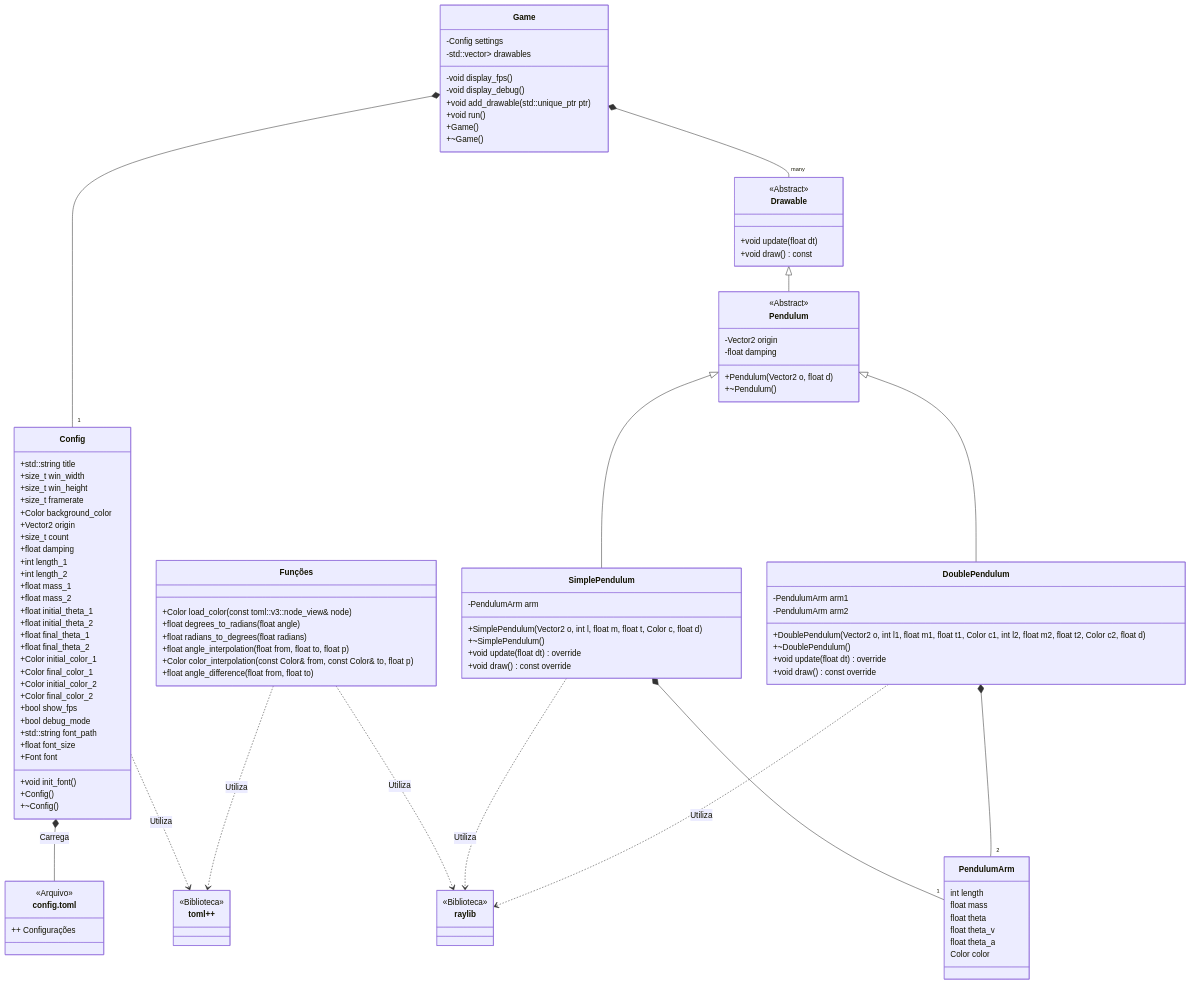
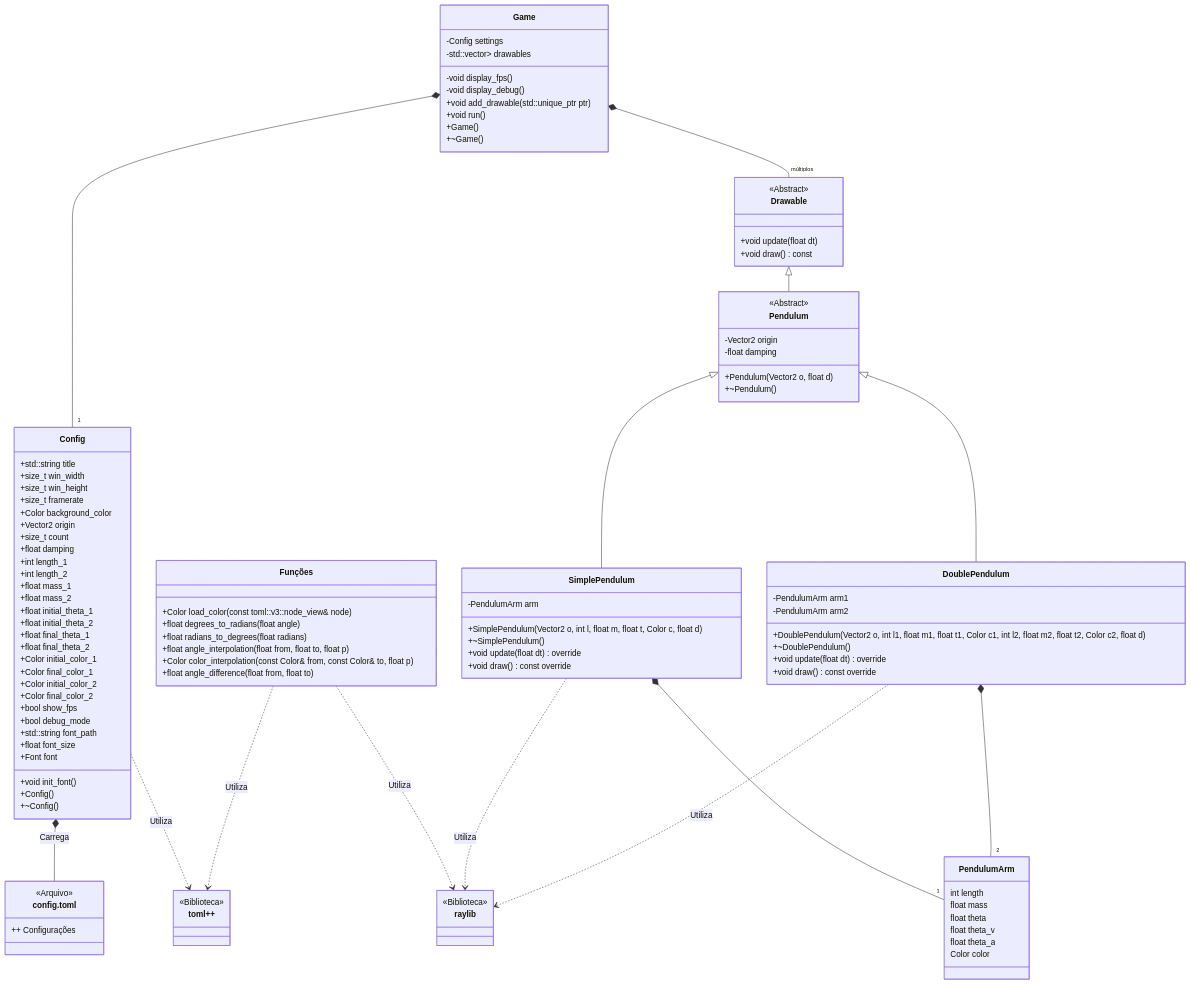
One commit to SamVeras/ChaoticDPends changed the diagram in readme.md. Above: the diagram before and after it, drawn with Mermaid.

Commit message:
fala portugues

```diff
--- a/readme.md
+++ b/readme.md
@@ -209,7 +209,7 @@
   Pendulum        <|-- DoublePendulum
   SimplePendulum  *-- "1" PendulumArm
   DoublePendulum  *-- "2" PendulumArm
-  Game            *-- "many" Drawable
+  Game            *-- "múltiplos" Drawable
   Game            *-- "1" Config
   Config          *-- `config.toml` : Carrega
   Config          ..> `toml++` : Utiliza
```
